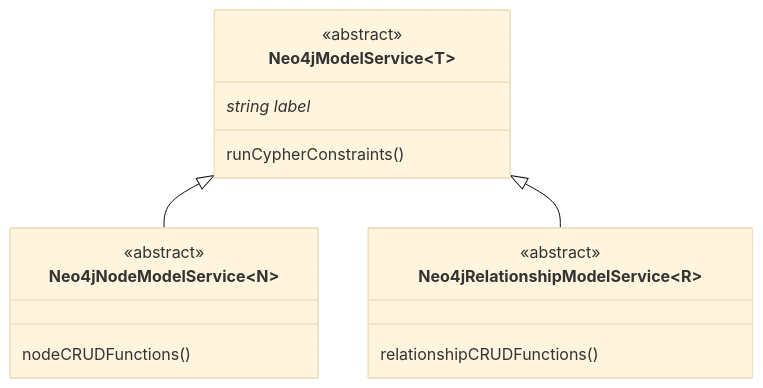
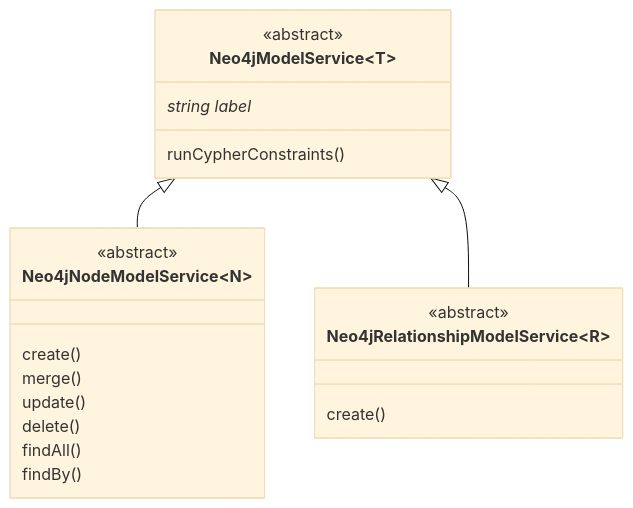
The diagram in README.md (Nhogs/nestjs-neo4j), drawn with Mermaid (base theme) before and after one commit.

Commit message:
update diagram members

````diff
--- a/README.md
+++ b/README.md
@@ -217,15 +217,20 @@
 ```mermaid
 classDiagram
 class Neo4jModelService~T~
 <<abstract>> Neo4jModelService
 class Neo4jNodeModelService~N~
 <<abstract>> Neo4jNodeModelService
 class Neo4jRelationshipModelService~R~
 <<abstract>> Neo4jRelationshipModelService
 Neo4jModelService : string label*
 Neo4jModelService : runCypherConstraints()
 Neo4jModelService <|--Neo4jNodeModelService
-Neo4jNodeModelService : nodeCRUDFunctions()
+Neo4jNodeModelService : create()
+Neo4jNodeModelService : merge()
+Neo4jNodeModelService : update()
+Neo4jNodeModelService : delete()
+Neo4jNodeModelService : findAll()
+Neo4jNodeModelService : findBy()
 Neo4jModelService <|--Neo4jRelationshipModelService
-Neo4jRelationshipModelService : relationshipCRUDFunctions()
+Neo4jRelationshipModelService : create()
 ```
````
